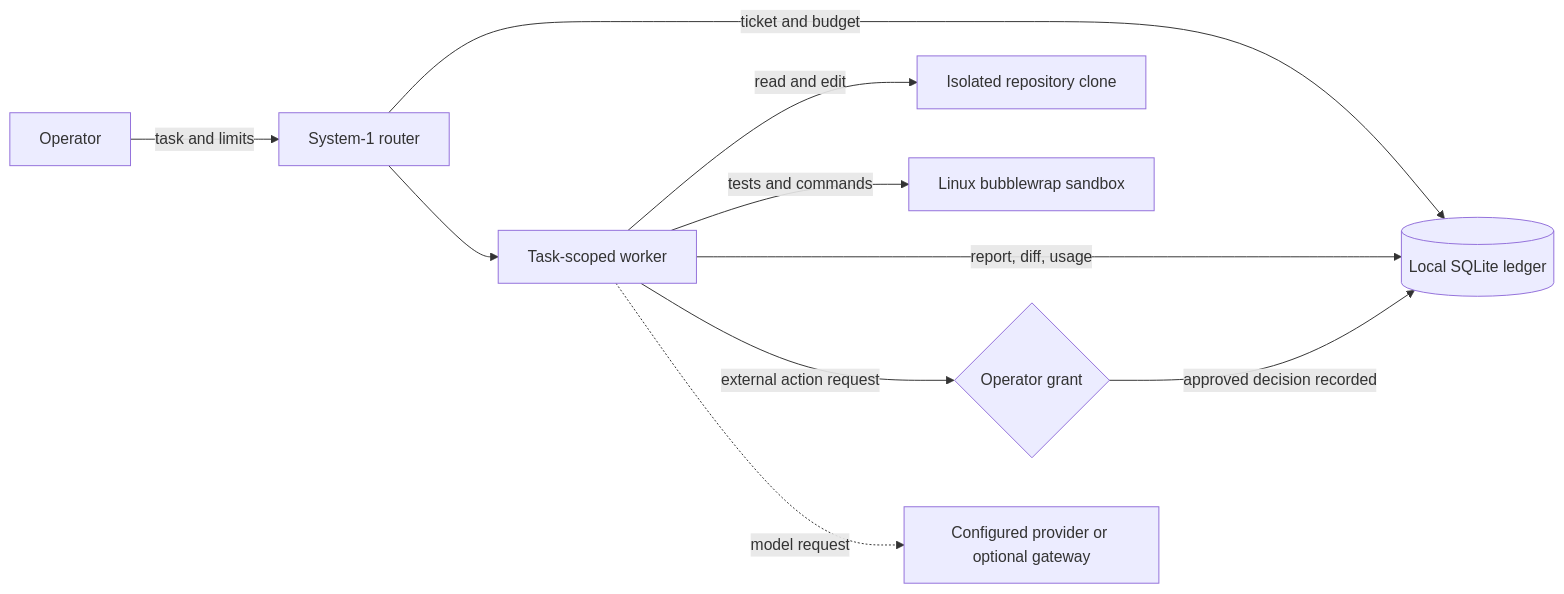
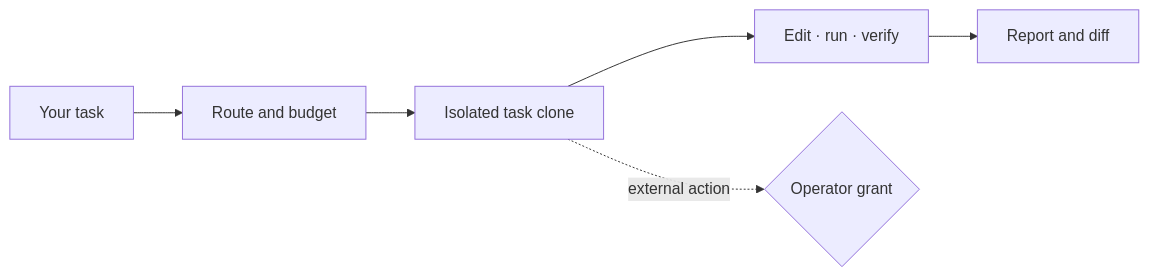
The diagram in README.md (Judge-M/gh0st), drawn with Mermaid before and after one commit. The commit also changed other lines of this file and 1 other file, not shown here.

````diff
--- a/README.md
+++ b/README.md
@@ -44,12 +44,8 @@
 ```mermaid
 flowchart LR
-    U[Operator] -->|task and limits| S[System-1 router]
-    S -->|ticket and budget| L[(Local SQLite ledger)]
-    S --> W[Task-scoped worker]
-    W -->|read and edit| C[Isolated repository clone]
-    W -->|tests and commands| B[Linux bubblewrap sandbox]
-    W -->|report, diff, usage| L
-    W -->|external action request| G{Operator grant}
-    G -->|approved decision recorded| L
-    W -. model request .-> P[Configured provider or optional gateway]
+    A[Your task] --> B[Route and budget]
+    B --> C[Isolated task clone]
+    C --> D[Edit · run · verify]
+    D --> E[Report and diff]
+    C -. external action .-> F{Operator grant}
 ```
````
